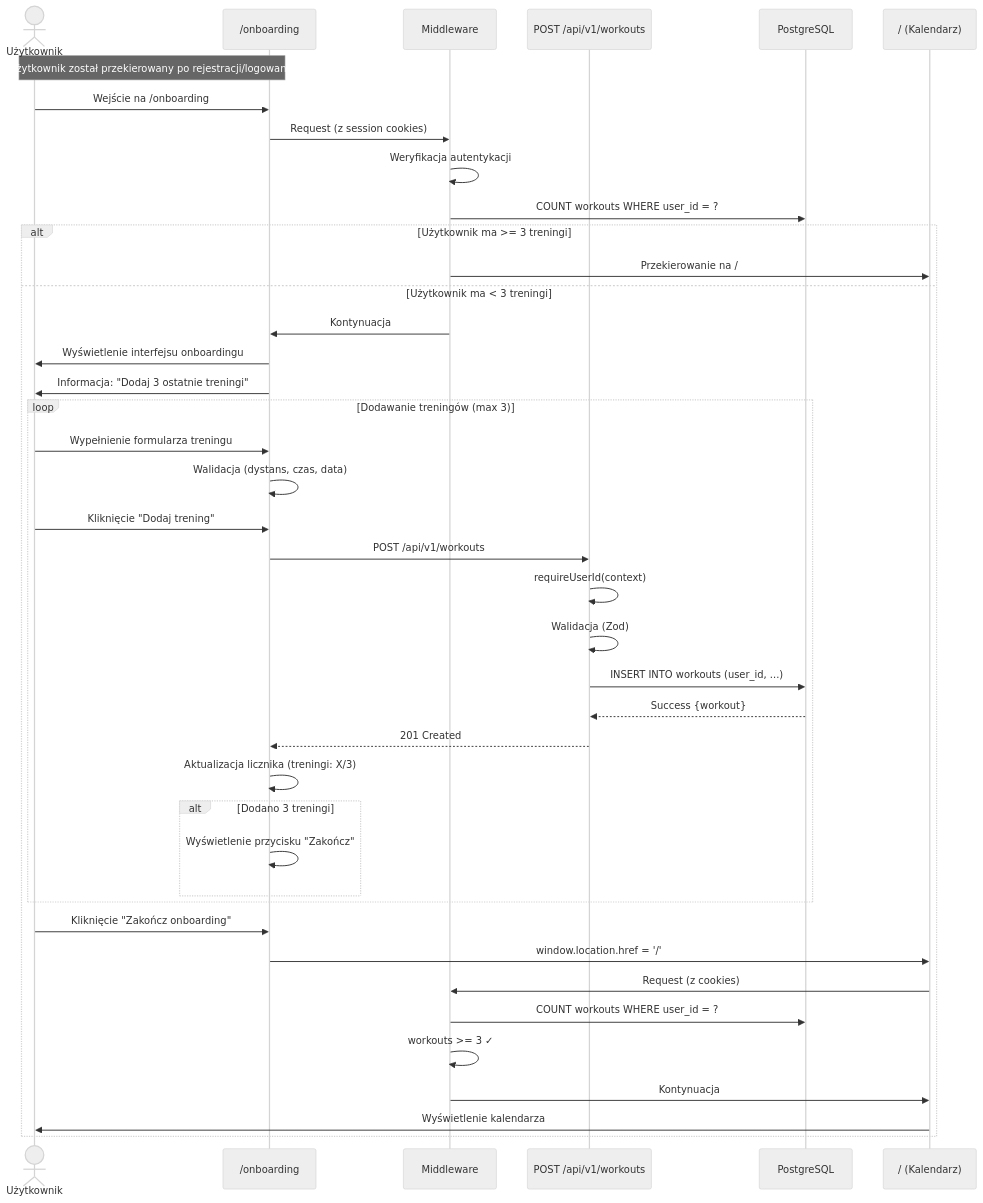
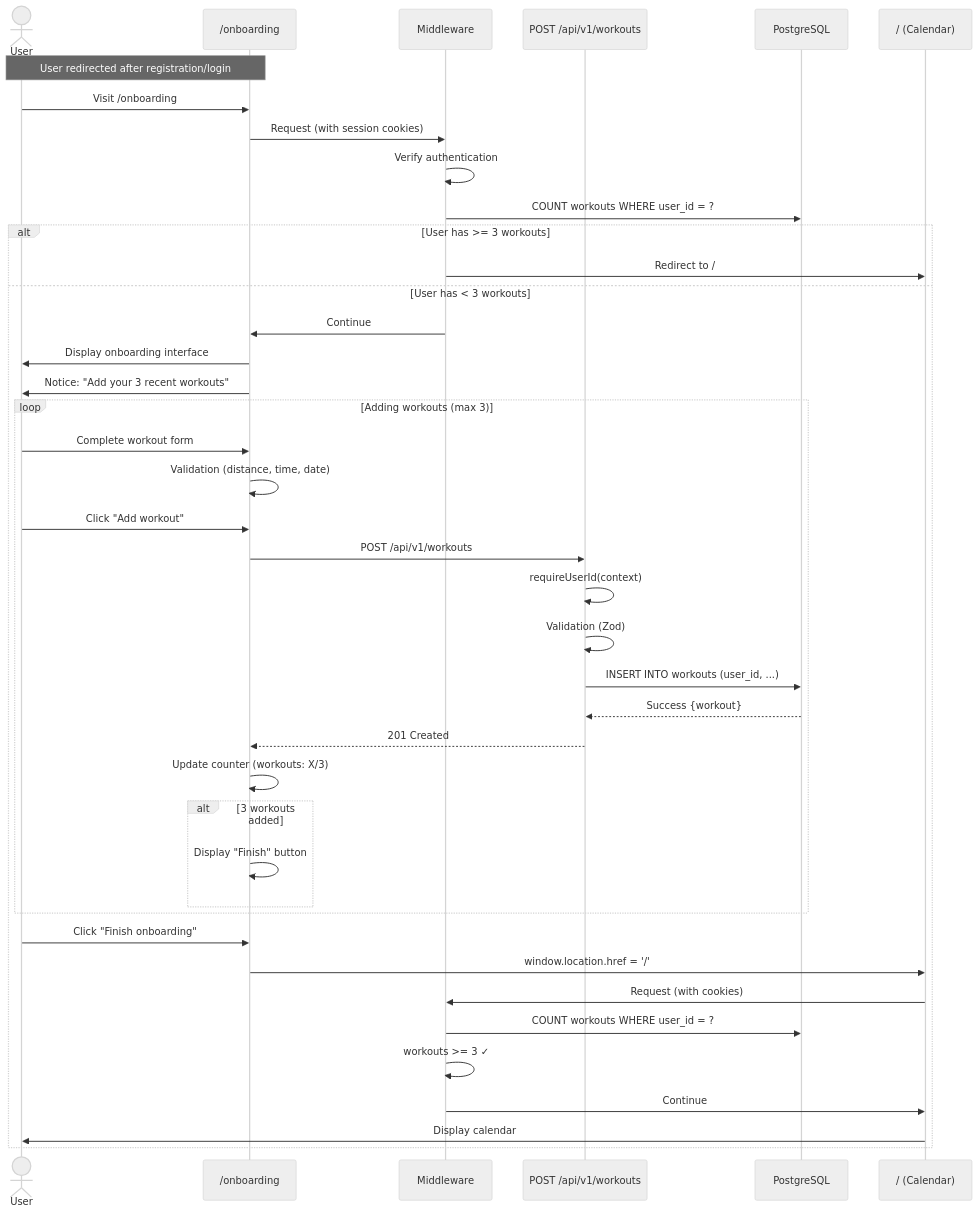
Before and after one commit to Filipsky5/traning-planner: the fifth of 10 diagrams in .ai/auth-journey-diagram.md, drawn with Mermaid (neutral theme). The commit also changed other lines of this file and 31 other files, not shown here.

````diff
--- a/.ai/auth-journey-diagram.md
+++ b/.ai/auth-journey-diagram.md
@@ -251,49 +251,49 @@
 ```mermaid
 sequenceDiagram
-    actor U as Użytkownik
+    actor U as User
     participant OB as /onboarding
     participant MW as Middleware
     participant API as POST /api/v1/workouts
     participant DB as PostgreSQL
-    participant CAL as / (Kalendarz)
+    participant CAL as / (Calendar)
 
-    Note over U,OB: Użytkownik został przekierowany po rejestracji/logowaniu
+    Note over U,OB: User redirected after registration/login
 
-    U->>OB: Wejście na /onboarding
-    OB->>MW: Request (z session cookies)
-    MW->>MW: Weryfikacja autentykacji
+    U->>OB: Visit /onboarding
+    OB->>MW: Request (with session cookies)
+    MW->>MW: Verify authentication
     MW->>DB: COUNT workouts WHERE user_id = ?
 
-    alt Użytkownik ma >= 3 treningi
-        MW->>CAL: Przekierowanie na /
-    else Użytkownik ma < 3 treningi
-        MW->>OB: Kontynuacja
-        OB->>U: Wyświetlenie interfejsu onboardingu
-        OB->>U: Informacja: "Dodaj 3 ostatnie treningi"
+    alt User has >= 3 workouts
+        MW->>CAL: Redirect to /
+    else User has < 3 workouts
+        MW->>OB: Continue
+        OB->>U: Display onboarding interface
+        OB->>U: Notice: "Add your 3 recent workouts"
 
-        loop Dodawanie treningów (max 3)
-            U->>OB: Wypełnienie formularza treningu
-            OB->>OB: Walidacja (dystans, czas, data)
-            U->>OB: Kliknięcie "Dodaj trening"
+        loop Adding workouts (max 3)
+            U->>OB: Complete workout form
+            OB->>OB: Validation (distance, time, date)
+            U->>OB: Click "Add workout"
             OB->>API: POST /api/v1/workouts
             API->>API: requireUserId(context)
-            API->>API: Walidacja (Zod)
+            API->>API: Validation (Zod)
             API->>DB: INSERT INTO workouts (user_id, ...)
             DB-->>API: Success {workout}
             API-->>OB: 201 Created
-            OB->>OB: Aktualizacja licznika (treningi: X/3)
+            OB->>OB: Update counter (workouts: X/3)
 
-            alt Dodano 3 treningi
-                OB->>OB: Wyświetlenie przycisku "Zakończ"
+            alt 3 workouts added
+                OB->>OB: Display "Finish" button
             end
         end
 
-        U->>OB: Kliknięcie "Zakończ onboarding"
+        U->>OB: Click "Finish onboarding"
         OB->>CAL: window.location.href = '/'
-        CAL->>MW: Request (z cookies)
+        CAL->>MW: Request (with cookies)
         MW->>DB: COUNT workouts WHERE user_id = ?
         MW->>MW: workouts >= 3 ✓
-        MW->>CAL: Kontynuacja
-        CAL->>U: Wyświetlenie kalendarza
+        MW->>CAL: Continue
+        CAL->>U: Display calendar
     end
 ```
````
